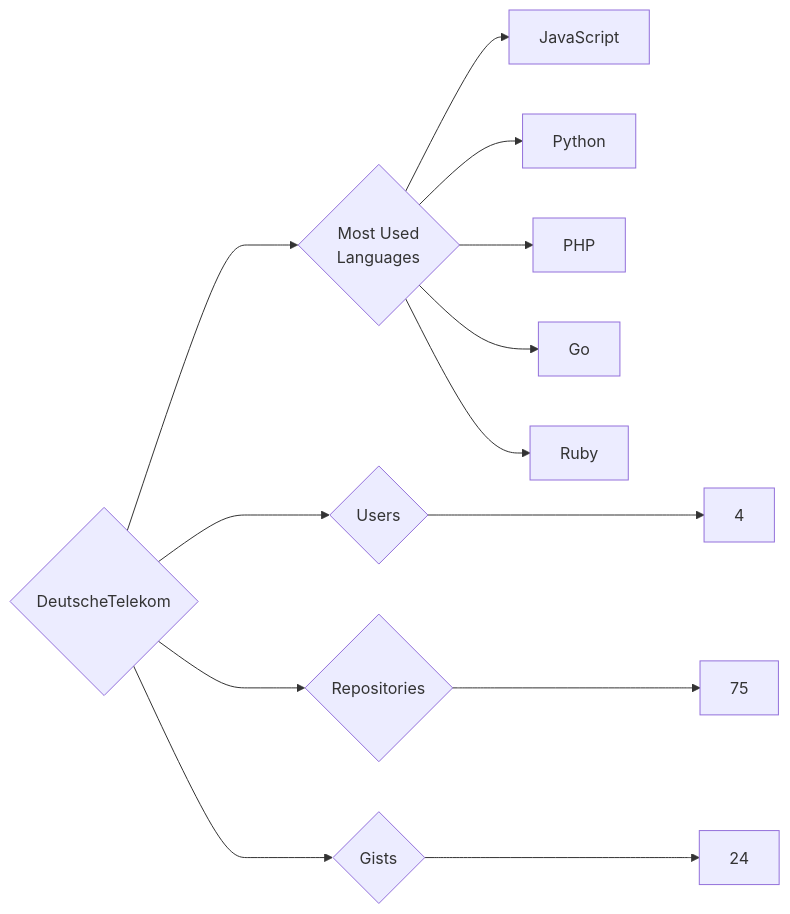
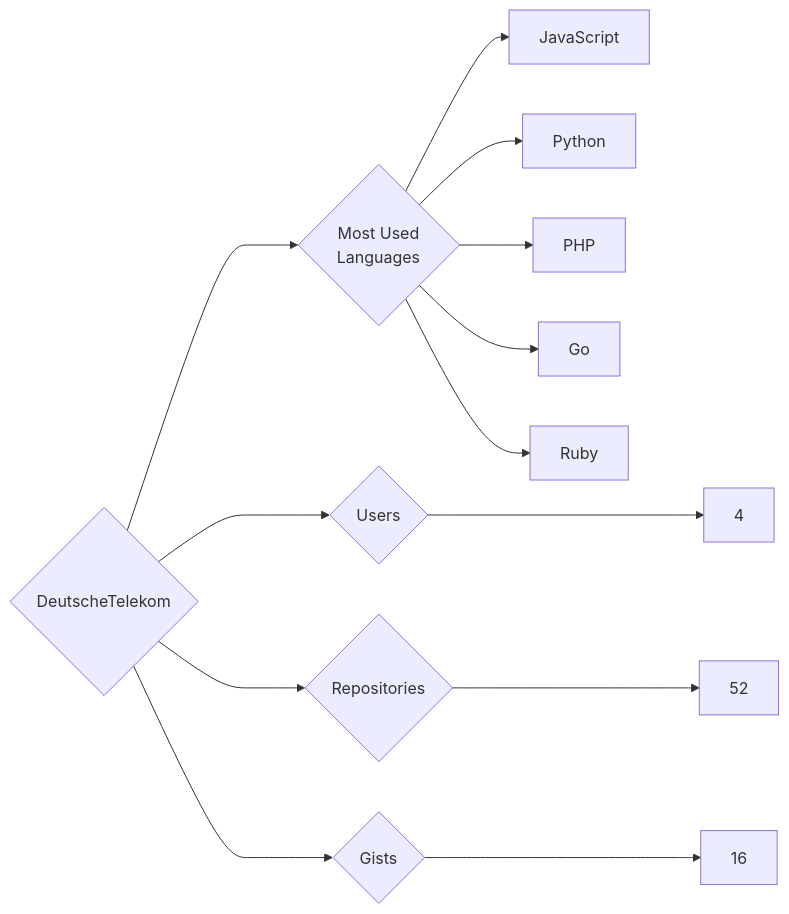
The diagram in targets/DeutscheTelekom/README.md (trickest/insiders), drawn with Mermaid before and after one commit. The commit also changed 559 other files, not shown here.

````diff
--- a/targets/DeutscheTelekom/README.md
+++ b/targets/DeutscheTelekom/README.md
@@ -3,13 +3,13 @@
 ```mermaid
 graph LR
 COMPANY_NAME{DeutscheTelekom}
 COMPANY_NAME ---> U{Users} ---> UN[4]
-COMPANY_NAME ---> R{Repositories} ---> RN[75]
-COMPANY_NAME ---> G{Gists} ---> GN[24]
+COMPANY_NAME ---> R{Repositories} ---> RN[52]
+COMPANY_NAME ---> G{Gists} ---> GN[16]
 COMPANY_NAME ---> ML{Most Used<br>Languages}
 ML --> JavaScript[JavaScript]
 ML --> Python[Python]
 ML --> PHP[PHP]
 ML --> Go[Go]
 ML --> Ruby[Ruby]
 ```
````
